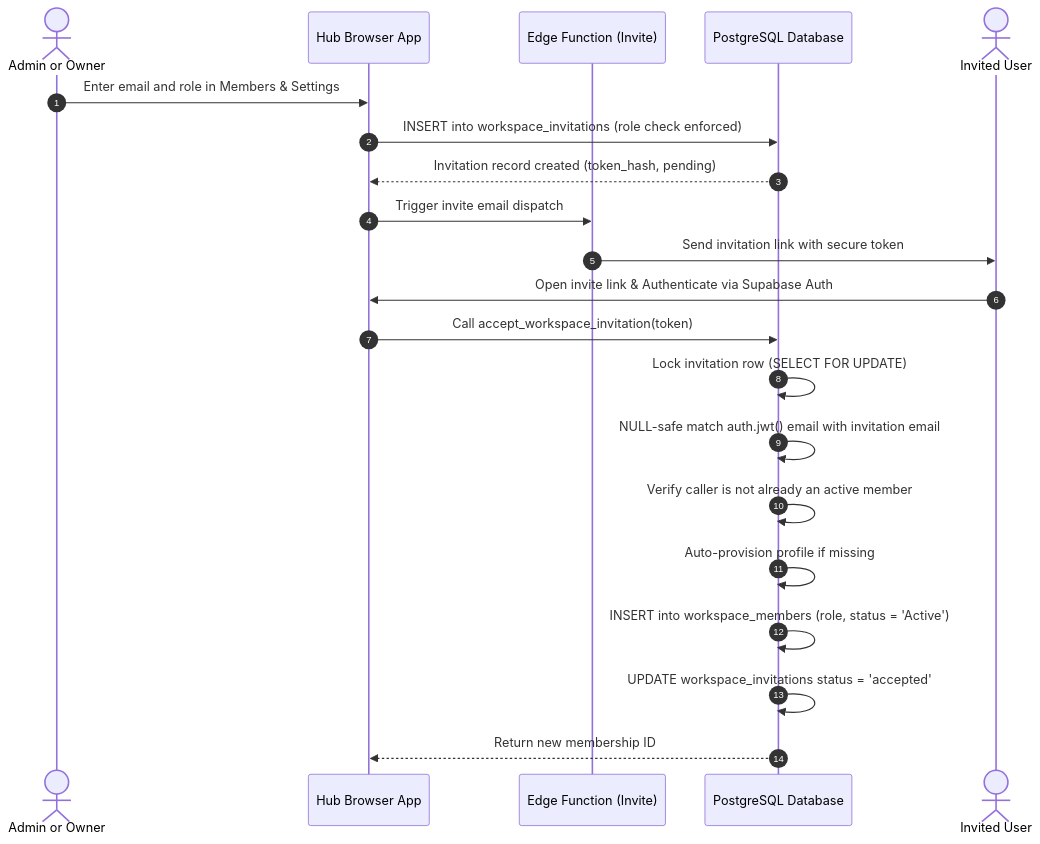
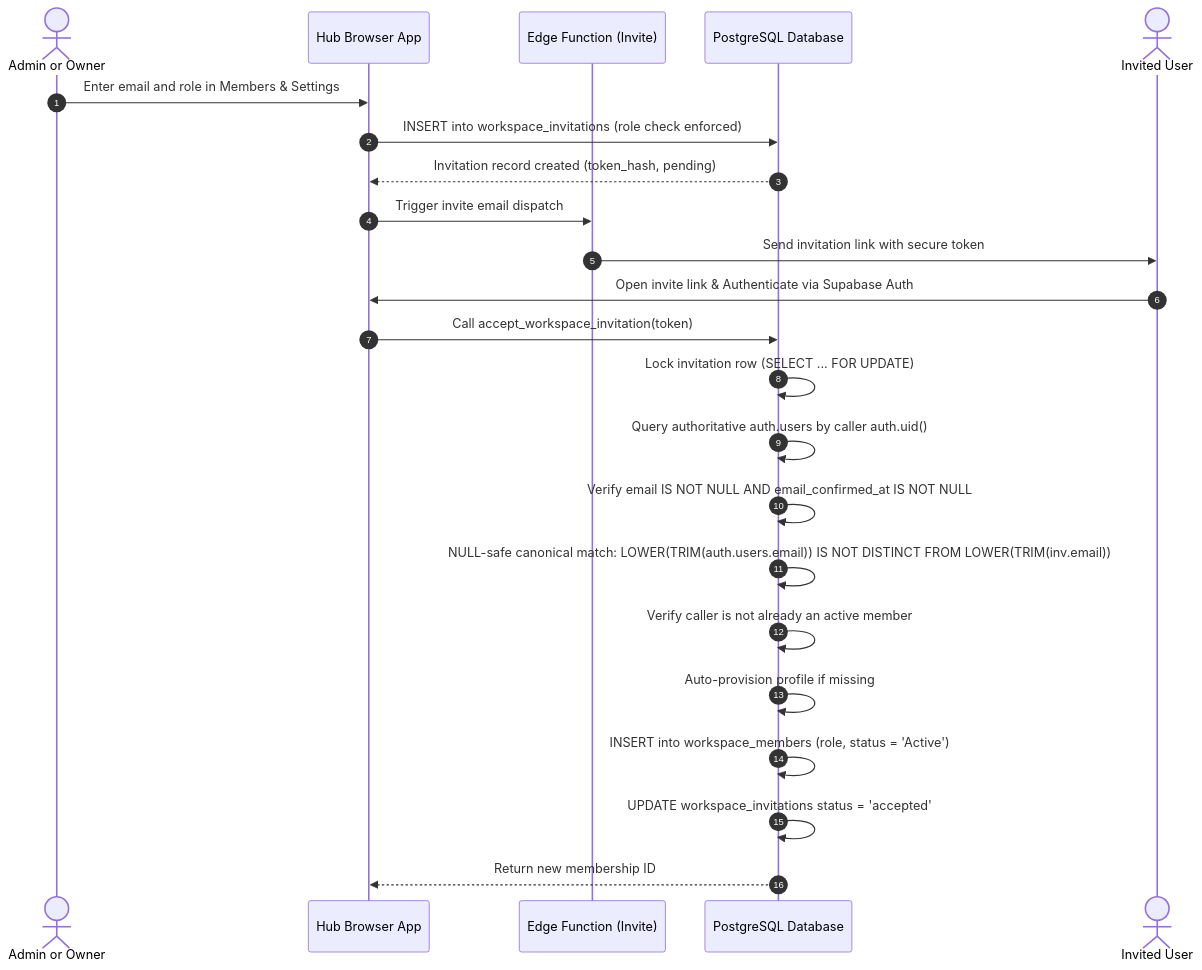
The diagram in apps/hub/docs/architecture/RLS-SECURITY-DESIGN.md (khairultajudin/khaispace), drawn with Mermaid before and after one commit. The commit also changed other lines of this file and 5 other files, not shown here.

Commit message:
fix(security): enforce verified invitation email identity

````diff
--- a/apps/hub/docs/architecture/RLS-SECURITY-DESIGN.md
+++ b/apps/hub/docs/architecture/RLS-SECURITY-DESIGN.md
@@ -171,24 +171,26 @@
 ```mermaid
 sequenceDiagram
     autonumber
     actor Admin as Admin or Owner
     participant Client as Hub Browser App
     participant Edge as Edge Function (Invite)
     participant DB as PostgreSQL Database
     actor Recipient as Invited User
 
     Admin->>Client: Enter email and role in Members & Settings
     Client->>DB: INSERT into workspace_invitations (role check enforced)
     DB-->>Client: Invitation record created (token_hash, pending)
     Client->>Edge: Trigger invite email dispatch
     Edge->>Recipient: Send invitation link with secure token
     Recipient->>Client: Open invite link & Authenticate via Supabase Auth
     Client->>DB: Call accept_workspace_invitation(token)
-    DB->>DB: Lock invitation row (SELECT FOR UPDATE)
-    DB->>DB: NULL-safe match auth.jwt() email with invitation email
+    DB->>DB: Lock invitation row (SELECT ... FOR UPDATE)
+    DB->>DB: Query authoritative auth.users by caller auth.uid()
+    DB->>DB: Verify email IS NOT NULL AND email_confirmed_at IS NOT NULL
+    DB->>DB: NULL-safe canonical match: LOWER(TRIM(auth.users.email)) IS NOT DISTINCT FROM LOWER(TRIM(inv.email))
     DB->>DB: Verify caller is not already an active member
     DB->>DB: Auto-provision profile if missing
     DB->>DB: INSERT into workspace_members (role, status = 'Active')
     DB->>DB: UPDATE workspace_invitations status = 'accepted'
     DB-->>Client: Return new membership ID
 ```
````
